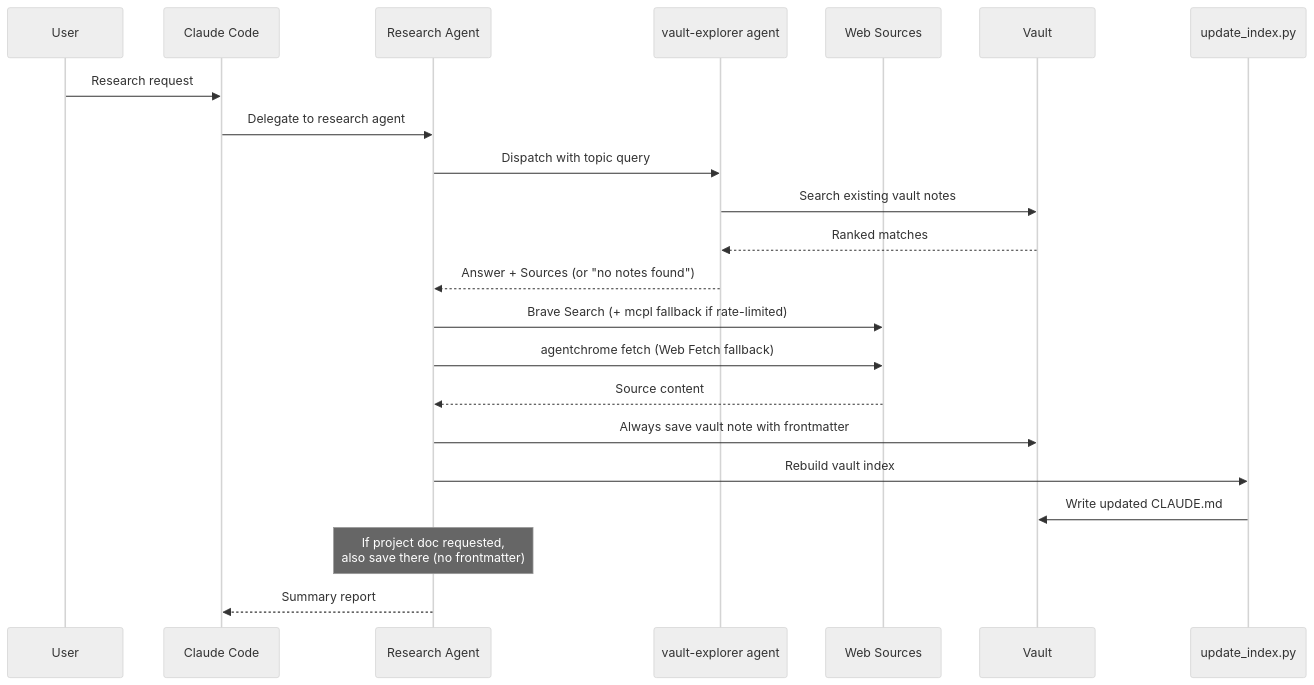
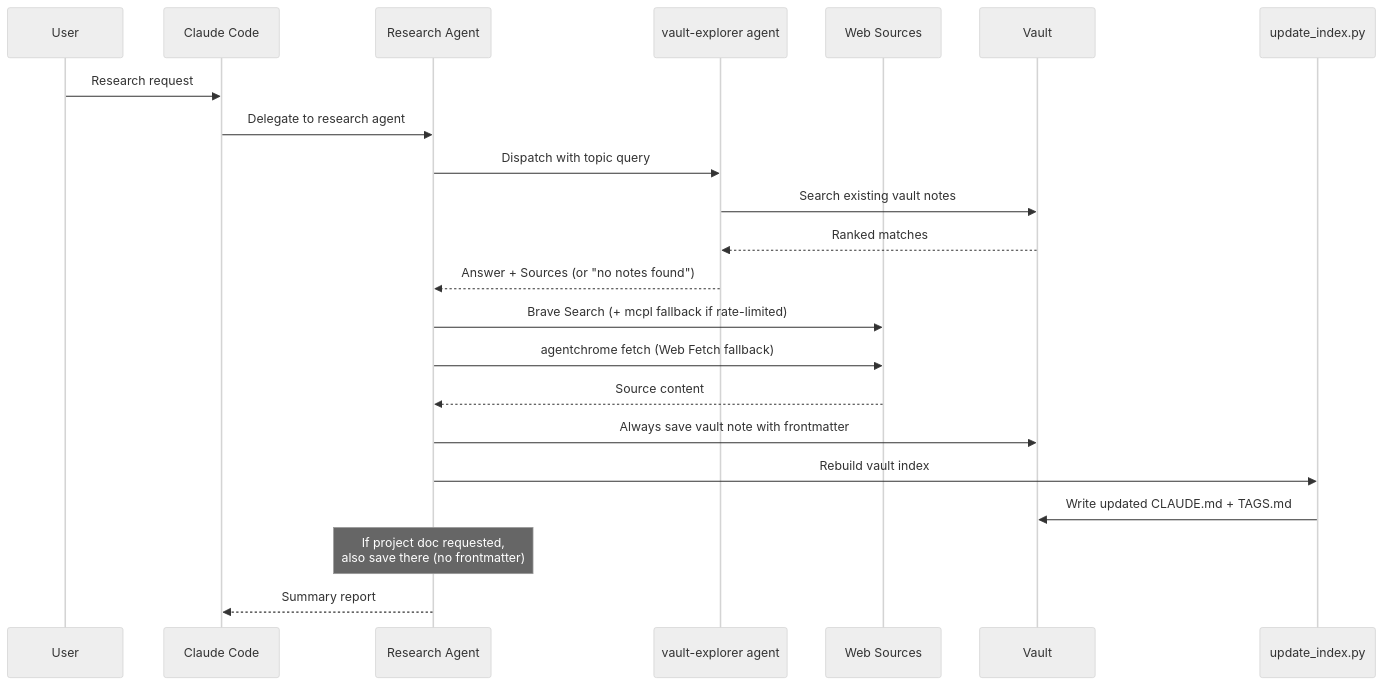
The third of 5 diagrams in docs/ARCHITECTURE.md (paulrobello/parsidion), drawn with Mermaid (neutral theme) before and after one commit. The commit also changed other lines of this file and 12 other files, not shown here.

````diff
--- a/docs/ARCHITECTURE.md
+++ b/docs/ARCHITECTURE.md
@@ -1130,25 +1131,25 @@
 ```mermaid
 sequenceDiagram
     participant U as User
     participant CC as Claude Code
     participant RA as Research Agent
     participant VE as vault-explorer agent
     participant WS as Web Sources
     participant V as Vault
     participant IDX as update_index.py
 
     U->>CC: Research request
     CC->>RA: Delegate to research agent
     RA->>VE: Dispatch with topic query
     VE->>V: Search existing vault notes
     V-->>VE: Ranked matches
     VE-->>RA: Answer + Sources (or "no notes found")
     RA->>WS: Brave Search (+ mcpl fallback if rate-limited)
     RA->>WS: agentchrome fetch (Web Fetch fallback)
     WS-->>RA: Source content
     RA->>V: Always save vault note with frontmatter
     RA->>IDX: Rebuild vault index
-    IDX->>V: Write updated CLAUDE.md
+    IDX->>V: Write updated CLAUDE.md + TAGS.md
     Note over RA: If project doc requested,<br/>also save there (no frontmatter)
     RA-->>CC: Summary report
 ```
````
